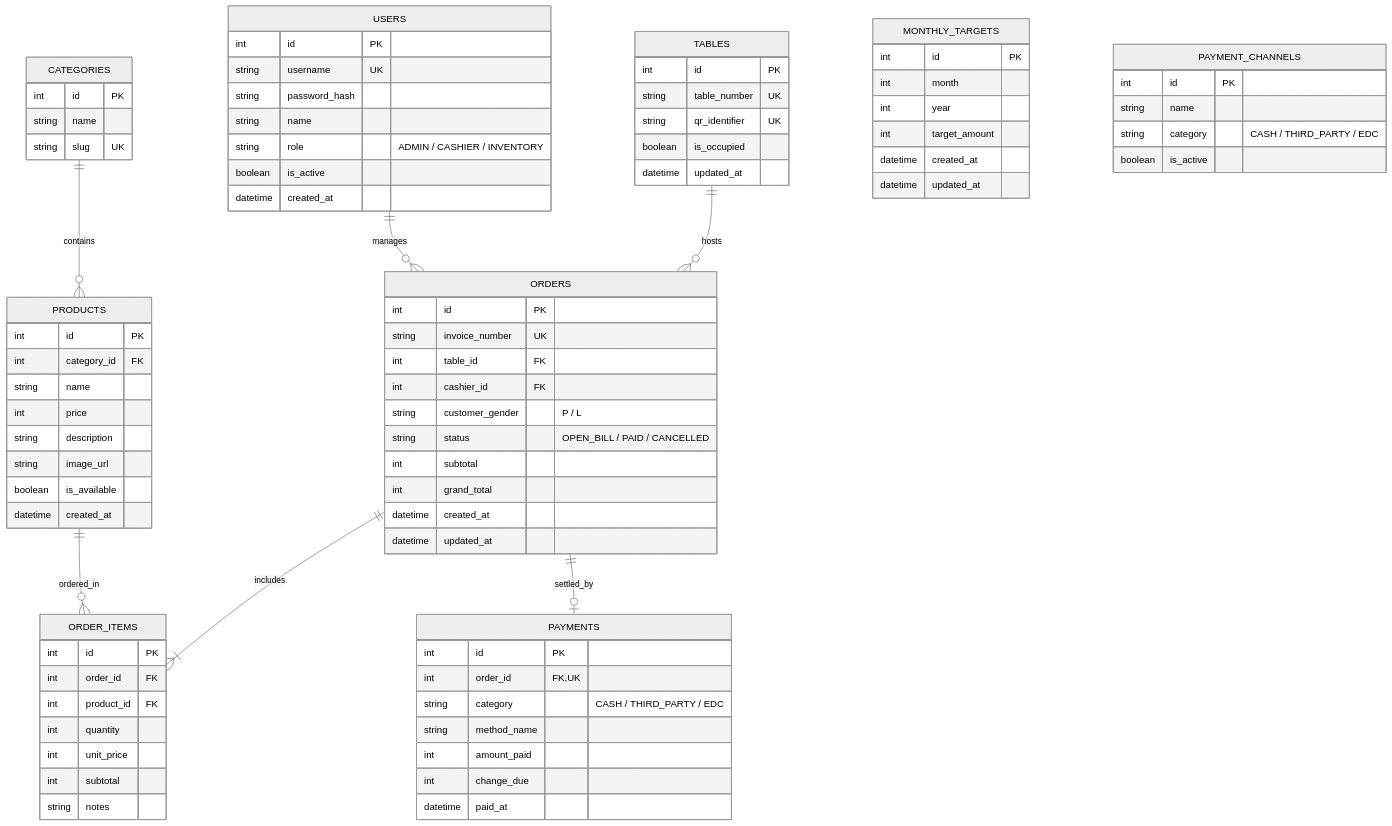
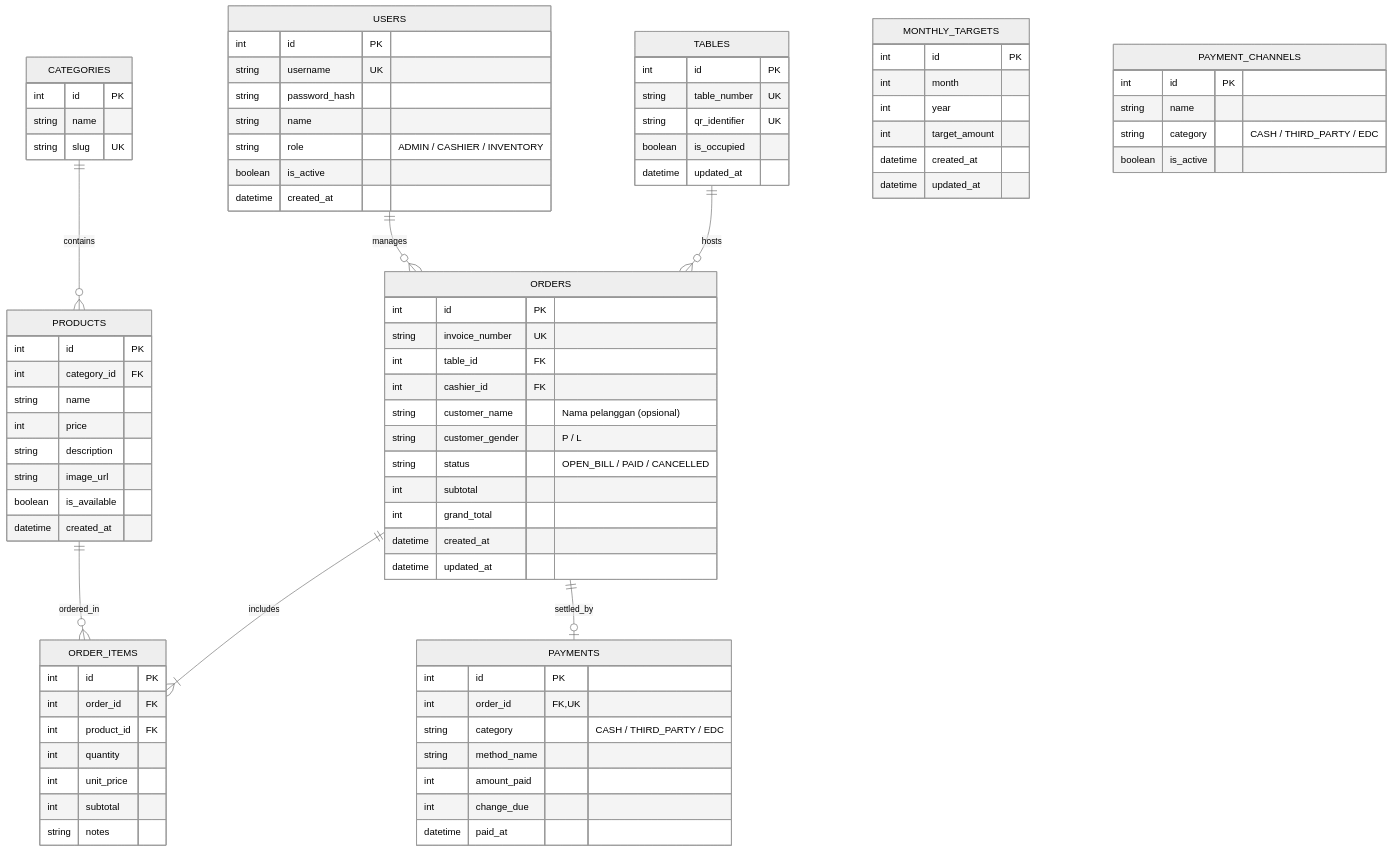
The diagram in docs/5_DATABASE.md (20alfiansyah/secondacc), drawn with Mermaid (neutral theme) before and after one commit. The commit also changed other lines of this file and 4 other files, not shown here.

First line of the commit message:
feat(backend): add optional customerName to orders open-bill

```diff
--- a/docs/5_DATABASE.md
+++ b/docs/5_DATABASE.md
@@ -51,6 +51,7 @@
         string invoice_number UK
         int table_id FK
         int cashier_id FK
+        string customer_name "Nama pelanggan (opsional)"
         string customer_gender "P / L"
         string status "OPEN_BILL / PAID / CANCELLED"
         int subtotal
```
